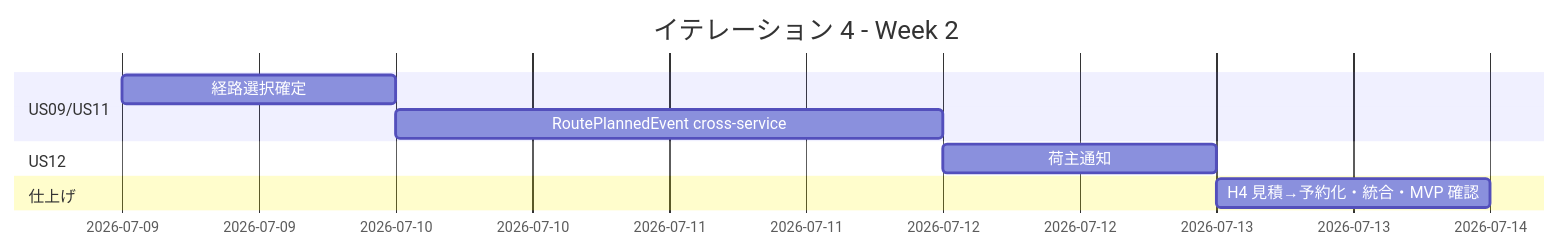
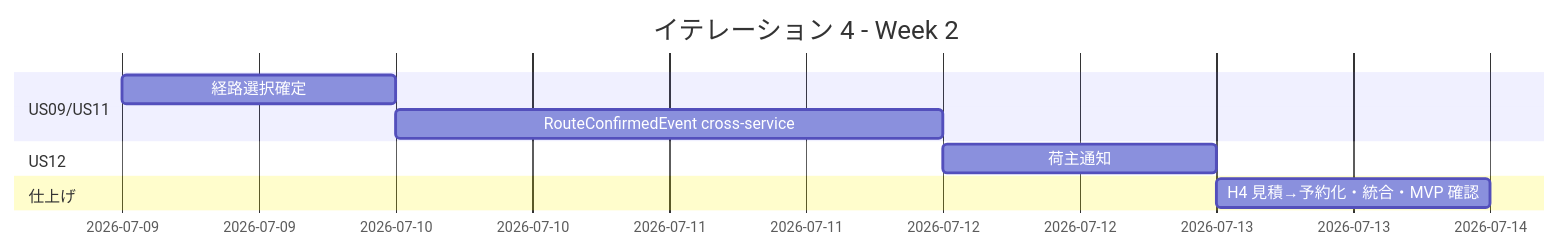
One commit to k2works/case-study-cargo-tracker changed the second of 6 diagrams in docs/development/iteration_plan-4.md. Above: the diagram before and after it, drawn with Mermaid. The commit also changed other lines of this file, not shown here.

````diff
--- a/docs/development/iteration_plan-4.md
+++ b/docs/development/iteration_plan-4.md
@@ -219,12 +220,12 @@
 ```mermaid
 gantt
     title イテレーション 4 - Week 2
     dateFormat  YYYY-MM-DD
     section US09/US11
     経路選択確定                  :a1, 2026-07-09, 1d
-    RoutePlannedEvent cross-service :a2, after a1, 2d
+    RouteConfirmedEvent cross-service :a2, after a1, 2d
     section US12
     荷主通知                       :u1, after a2, 1d
     section 仕上げ
     H4 見積→予約化・統合・MVP 確認 :u2, after u1, 1d
 ```
````
